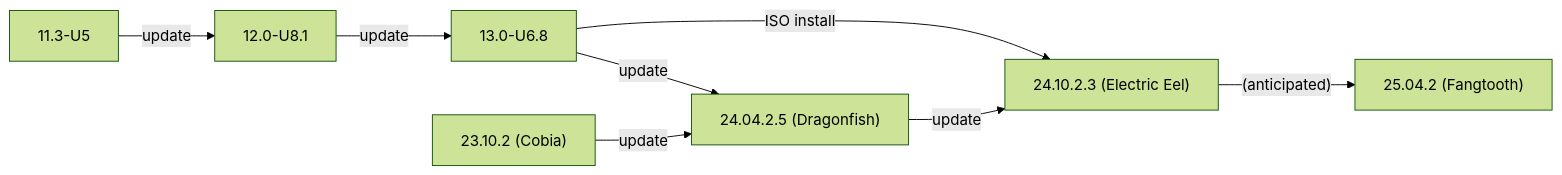
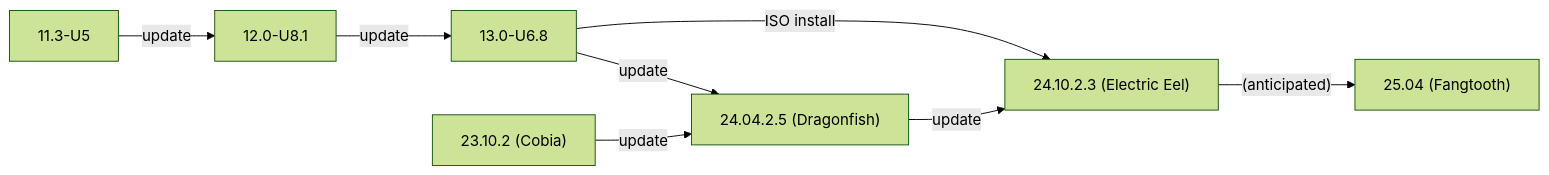
Before and after one commit to truenas/documentation: the second of 2 diagrams in static/includes/SCALEUpgradePaths.md, drawn with Mermaid (forest theme). The commit also changed other lines of this file and 193 other files, not shown here.

```diff
--- a/static/includes/SCALEUpgradePaths.md
+++ b/static/includes/SCALEUpgradePaths.md
@@ -87,11 +87,11 @@
           {{< mermaid class="mermaid_sizing" >}}
           flowchart LR
             A["11.3-U5"] -->|update| B
             B["12.0-U8.1"] -->|update| C
             C["13.0-U6.8"] -->|ISO install| F
             C -->|update| E
             D["23.10.2 (Cobia)"] -->|update| E
             E["24.04.2.5 (Dragonfish)"]  -->|update| F
             F["24.10.2.3 (Electric Eel)"] -->|"(anticipated)"| G
-            G["25.04.2 (Fangtooth)"]
+            G["25.04 (Fangtooth)"]
           {{< /mermaid >}}
```
